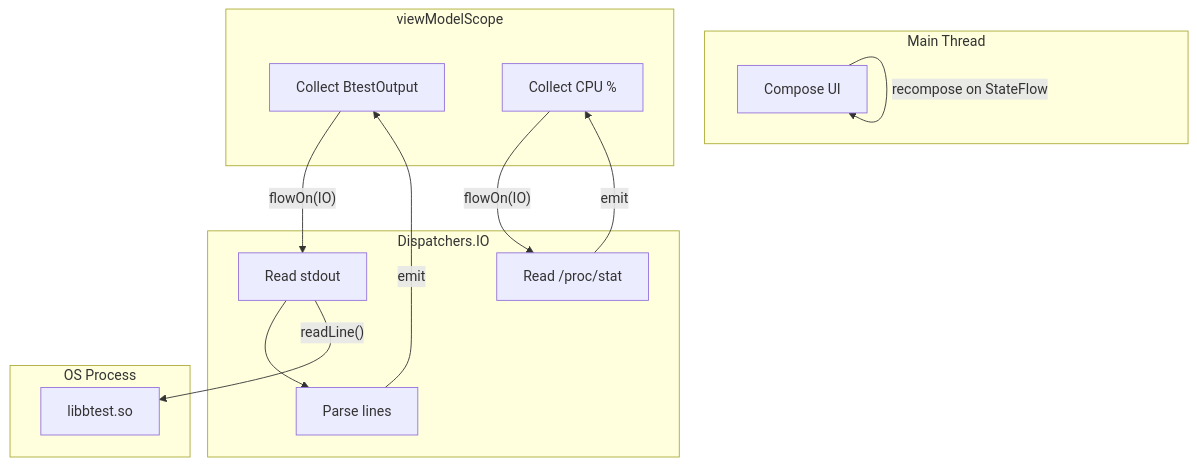
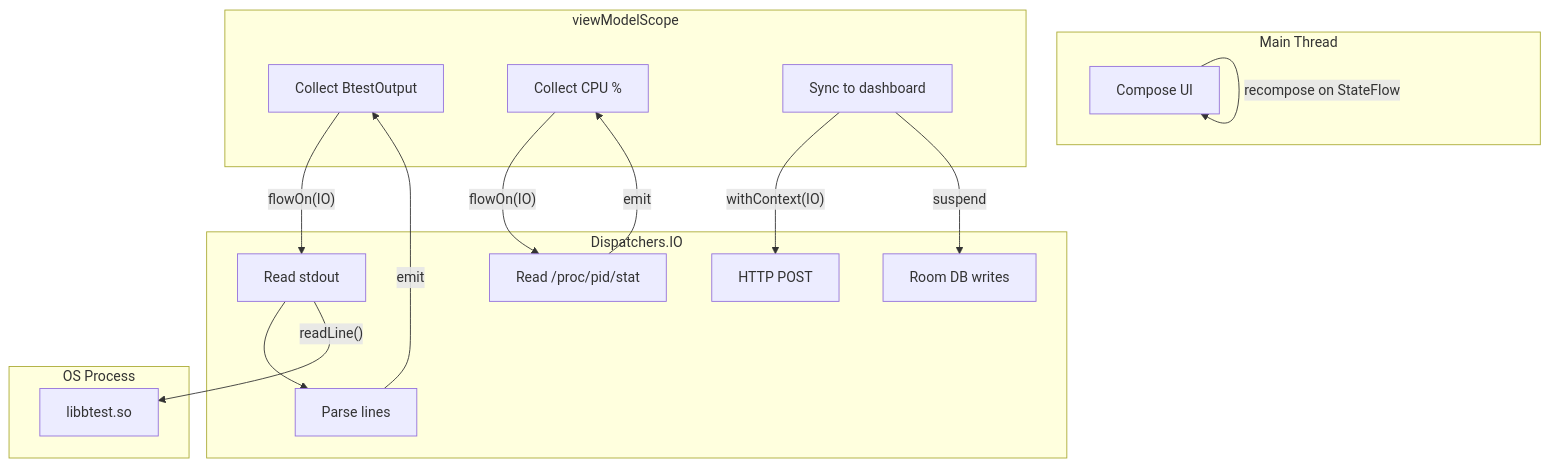
The eighth of 8 diagrams in docs/architecture.md (manawenuz/btest-rs-android), drawn with Mermaid before and after one commit. The commit also changed other lines of this file and 2 other files, not shown here.

First line of the commit message:
Update docs with web dashboard, sync, and deployment guide

````diff
--- a/docs/architecture.md
+++ b/docs/architecture.md
@@ -187,29 +313,34 @@
 ```mermaid
 graph TD
     subgraph "Main Thread"
         Compose[Compose UI]
     end
 
     subgraph "viewModelScope"
         Collect["Collect BtestOutput"]
         CpuCollect["Collect CPU %"]
+        SyncJob["Sync to dashboard"]
     end
 
     subgraph "Dispatchers.IO"
         Read["Read stdout"]
         Parse["Parse lines"]
-        ProcStat["Read /proc/stat"]
+        ProcStat["Read /proc/pid/stat"]
+        HTTP["HTTP POST"]
+        DBWrite["Room DB writes"]
     end
 
     subgraph "OS Process"
         Btest["libbtest.so"]
     end
 
     Compose -->|"recompose on StateFlow"| Compose
     Collect -->|"flowOn(IO)"| Read
     Read --> Parse
     Parse -->|emit| Collect
     CpuCollect -->|"flowOn(IO)"| ProcStat
     ProcStat -->|emit| CpuCollect
     Read -->|"readLine()"| Btest
+    SyncJob -->|"withContext(IO)"| HTTP
+    SyncJob -->|"suspend"| DBWrite
 ```
````
